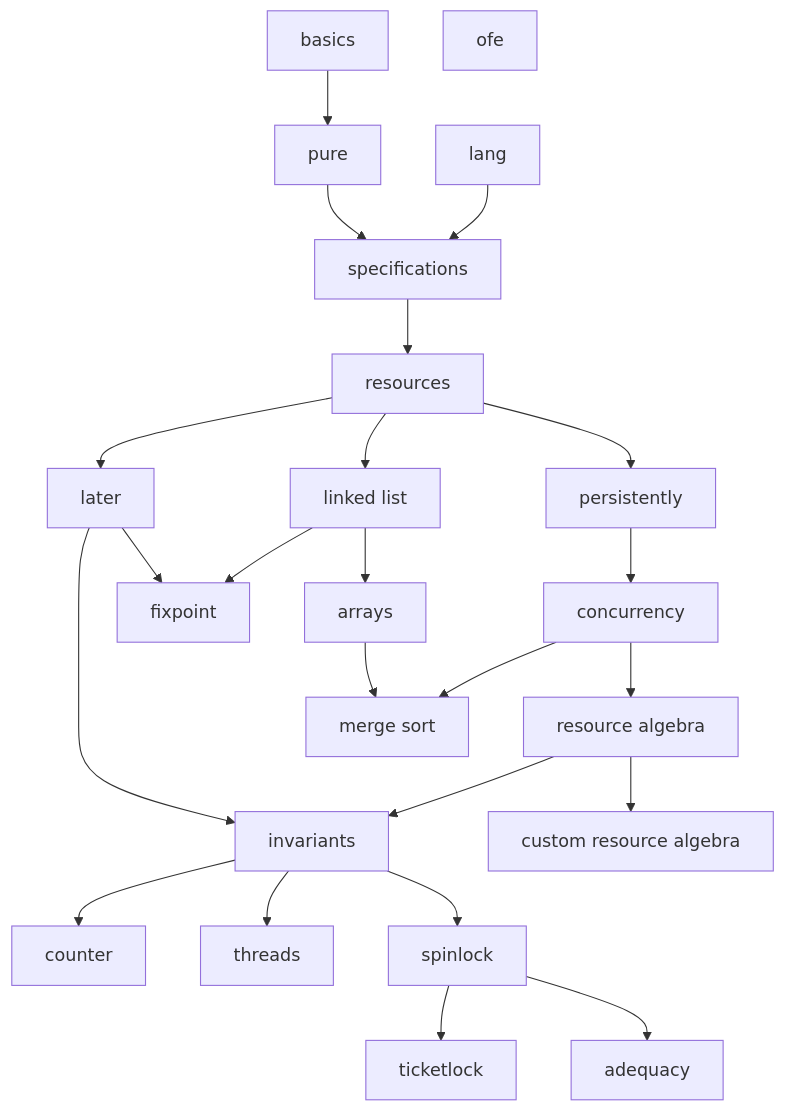
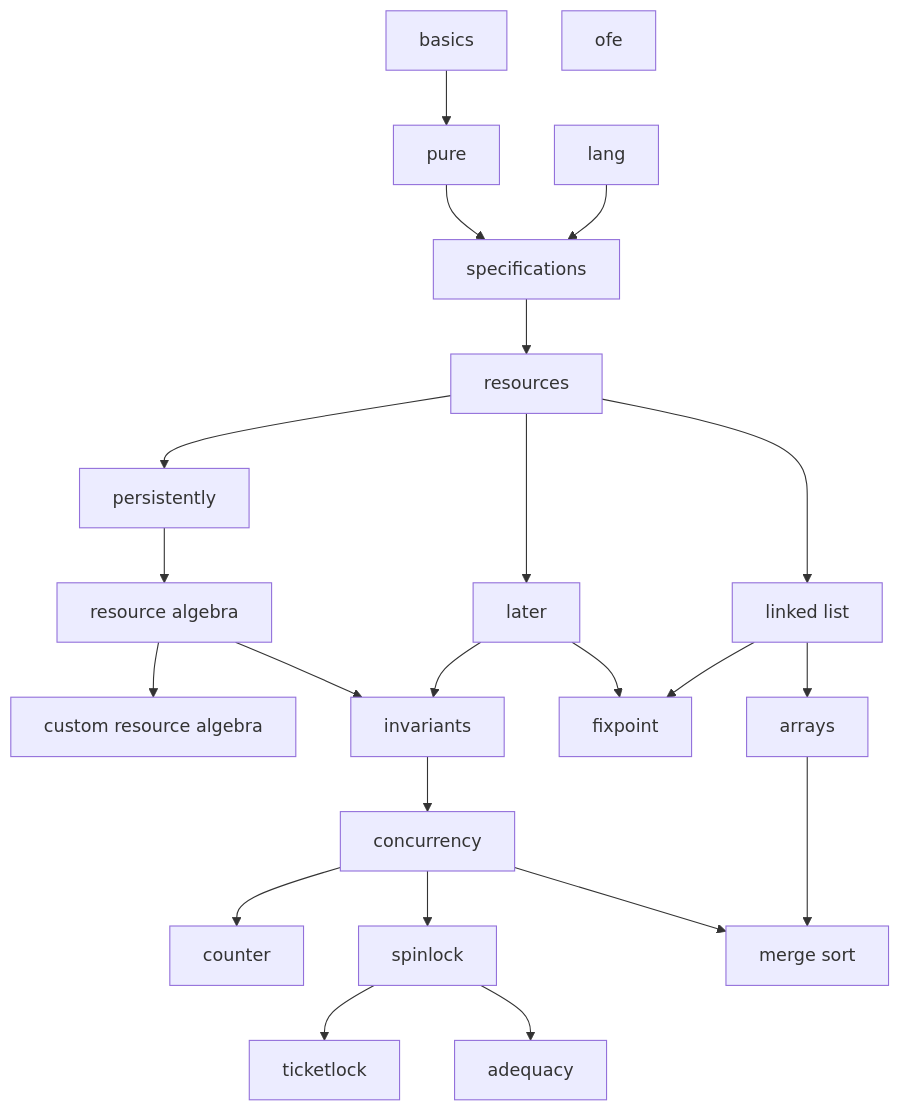
One commit to logsem/iris-tutorial changed the diagram in graph.md. Above: the diagram before and after it, drawn with Mermaid. The commit also changed 13 other files, not shown here.

Commit message:
Updated tutorial structure. Renamed threads.v to concurrency.v and moved it to after invaraints.v. Added preliminary plans for contents of files.

````diff
--- a/graph.md
+++ b/graph.md
@@ -1,31 +1,29 @@
 ```mermaid
 graph TD;
   basics --> pure;
   pure --> specs[specifications];
   lang --> specs;
   specs --> resources;
   resources --> pers[persistently];
   resources --> later;
-  pers --> conc[concurrency];
-  conc --> ra[resource algebra];
+  pers -->  ra[resource algebra];
   later --> invariants;
   ra --> cst_ra[custom resource algebra];
   ra --> invariants;
-
-  invariants --> counter;
-  invariants --> threads;
-  invariants --> spinlock;
-
+  invariants --> conc[concurrency];
+  
+  conc --> counter;
+  conc --> spinlock;
   spinlock --> ticketlock;
   spinlock --> adequacy;
 
   resources --> linklist[linked list];
   later --> fix[fixpoint];
   linklist --> fix[fixpoint];
 
   linklist --> arrays;
   arrays --> merge[merge sort];
   conc --> merge;
 
   ofe;
 ```
````
